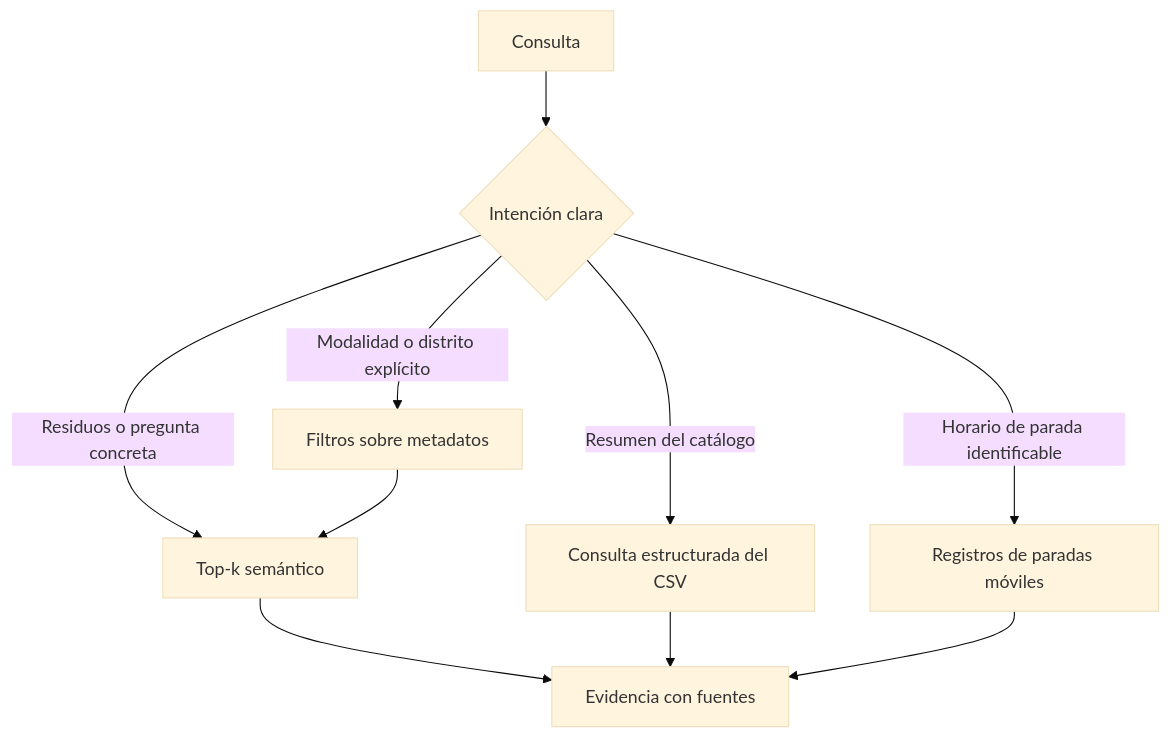
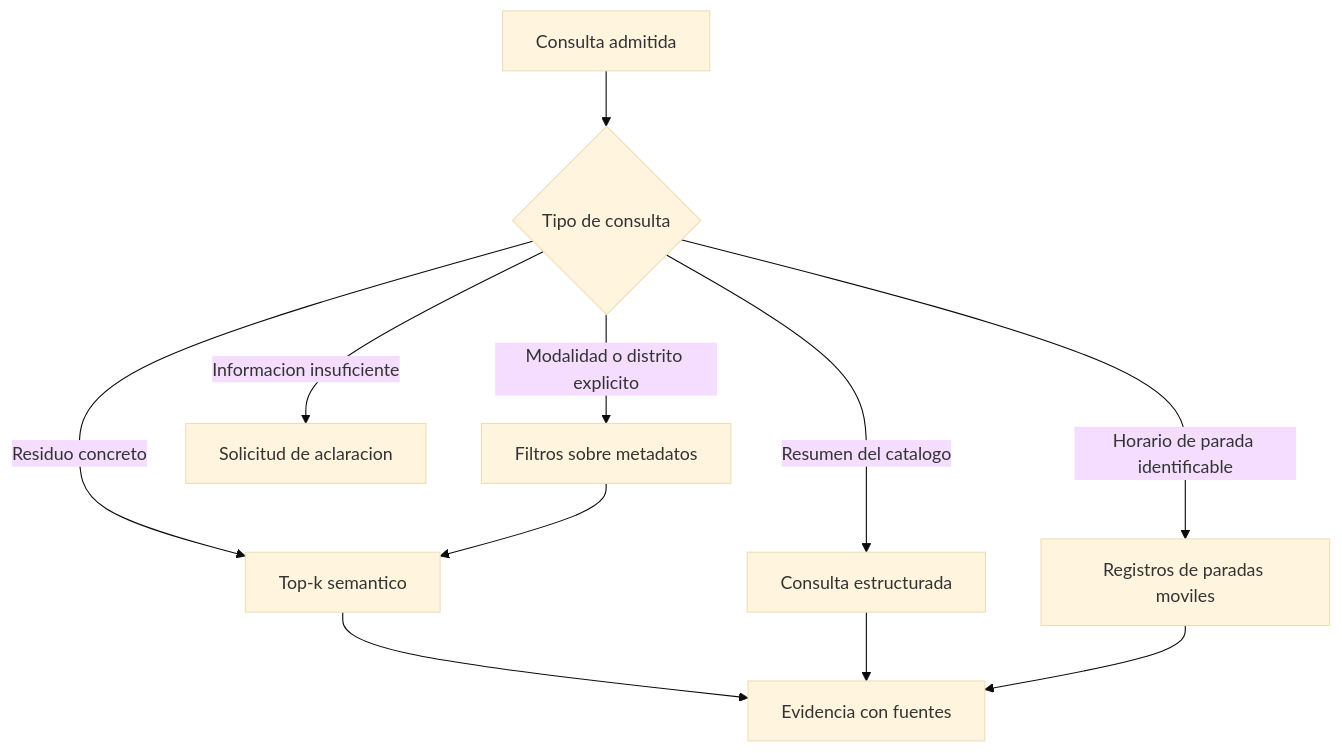
Before and after one commit to alex-bometon/pb03_equipo18: the diagram in specs/02-mejoras-retrieval.md, drawn with Mermaid (base theme). The commit also changed other lines of this file and 17 other files, not shown here.

````diff
--- a/specs/02-mejoras-retrieval.md
+++ b/specs/02-mejoras-retrieval.md
@@ -9,12 +26,13 @@
 ```mermaid
 flowchart TD
-    Q[Consulta] --> I{Intención clara}
-    I -->|Residuos o pregunta concreta| V[Top-k semántico]
-    I -->|Modalidad o distrito explícito| F[Filtros sobre metadatos]
-    I -->|Resumen del catálogo| C[Consulta estructurada del CSV]
-    I -->|Horario de parada identificable| H[Registros de paradas móviles]
+    Q[Consulta admitida] --> I{Tipo de consulta}
+    I -->|Residuo concreto| V[Top-k semantico]
+    I -->|Modalidad o distrito explicito| F[Filtros sobre metadatos]
+    I -->|Resumen del catalogo| C[Consulta estructurada]
+    I -->|Horario de parada identificable| H[Registros de paradas moviles]
+    I -->|Informacion insuficiente| A[Solicitud de aclaracion]
     F --> V
     V --> O[Evidencia con fuentes]
     C --> O
     H --> O
 ```
````
